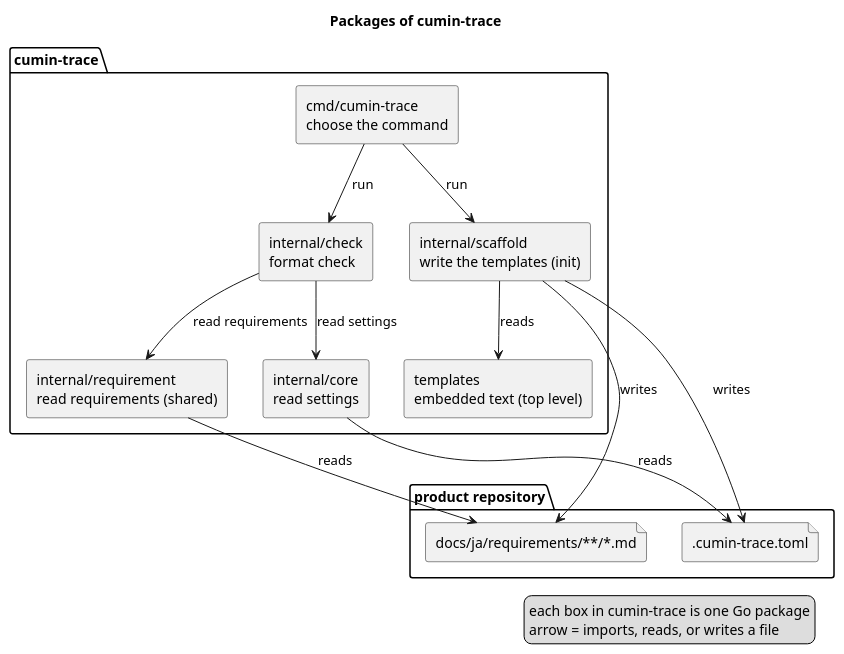
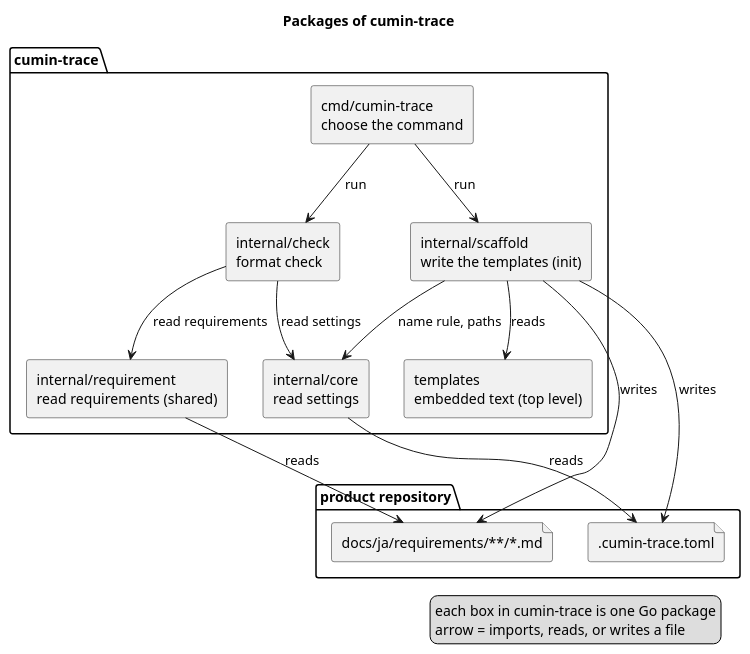
One commit to cloveclovedev/cumin-trace changed the diagram in docs/ja/architecture/overview.puml. Above: the diagram before and after it, drawn with PlantUML. The commit also changed 20 other files, not shown here.

```diff
--- a/docs/ja/architecture/overview.puml
+++ b/docs/ja/architecture/overview.puml
@@ -1,34 +1,35 @@
 @startuml overview
 title Packages of cumin-trace
 skinparam shadowing false
 skinparam componentStyle rectangle
 
 package "product repository" {
   file ".cumin-trace.toml" as toml
   file "docs/ja/requirements/**/*.md" as docs
 }
 
 package "cumin-trace" {
   [cmd/cumin-trace\nchoose the command] as cmd
   [internal/check\nformat check] as check
   [internal/requirement\nread requirements (shared)] as requirement
   [internal/core\nread settings] as core
   [internal/scaffold\nwrite the templates (init)] as scaffold
   [templates\nembedded text (top level)] as templates
 }
 
 cmd --> check : run
 cmd --> scaffold : run
 scaffold --> templates : reads
+scaffold --> core : name rule, paths
 scaffold --> toml : writes
 scaffold --> docs : writes
 check --> requirement : read requirements
 check --> core : read settings
 core --> toml : reads
 requirement --> docs : reads
 
 legend right
   each box in cumin-trace is one Go package
   arrow = imports, reads, or writes a file
 endlegend
 @enduml
```
